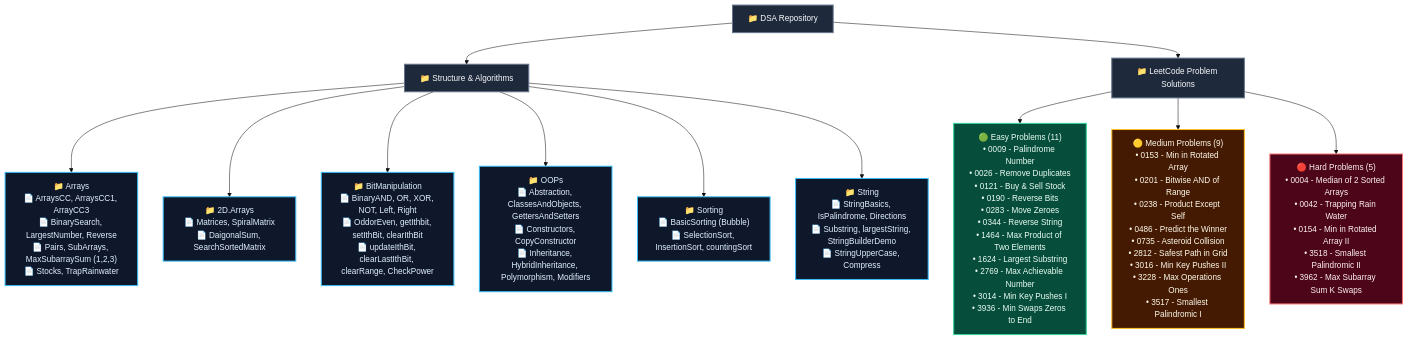
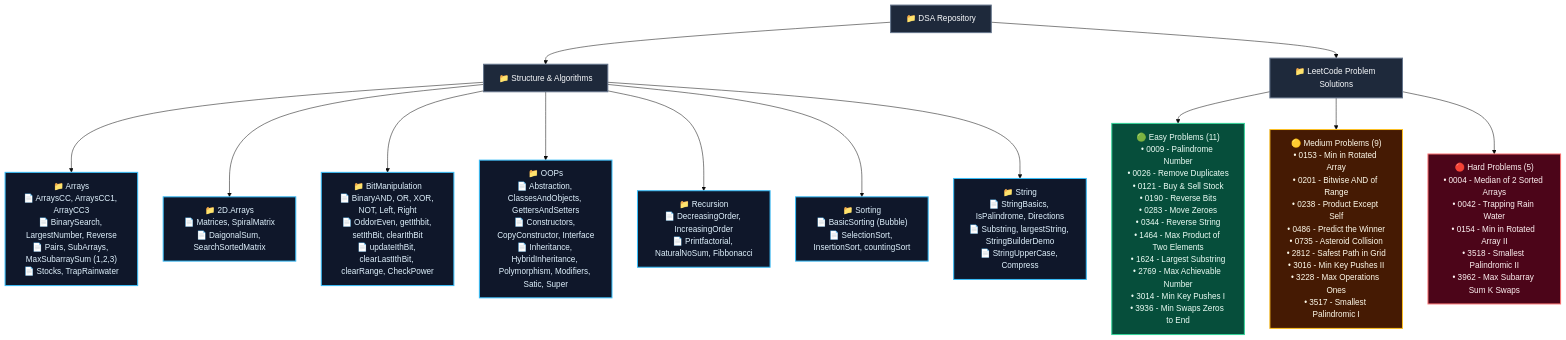
The diagram in README.md (raghuvanshi-sec/DSA), drawn with Mermaid (base theme) before and after one commit. The commit also changed other lines of this file and 4 other files, not shown here.

````diff
--- a/README.md
+++ b/README.md
@@ -161,34 +180,35 @@
 ```mermaid
 flowchart TD
     DSA["📁 DSA Repository"]
     
     %% Categories
     DSA --> Core["📁 Structure & Algorithms"]
     DSA --> LC["📁 LeetCode Problem Solutions"]
     
     %% DSA Breakdown
     Core --> Arrays["📁 Arrays<br/>📄 ArraysCC, ArraysCC1, ArrayCC3<br/>📄 BinarySearch, LargestNumber, Reverse<br/>📄 Pairs, SubArrays, MaxSubarraySum (1,2,3)<br/>📄 Stocks, TrapRainwater"]
     Core --> 2DArrays["📁 2D.Arrays<br/>📄 Matrices, SpiralMatrix<br/>📄 DaigonalSum, SearchSortedMatrix"]
     Core --> Bitwise["📁 BitManipulation<br/>📄 BinaryAND, OR, XOR, NOT, Left, Right<br/>📄 OddorEven, getIthbit, setIthBit, clearIthBit<br/>📄 updateIthBit, clearLastIthBit, clearRange, CheckPower"]
-    Core --> OOPs["📁 OOPs<br/>📄 Abstraction, ClassesAndObjects, GettersAndSetters<br/>📄 Constructors, CopyConstructor<br/>📄 Inheritance, HybridInheritance, Polymorphism, Modifiers"]
+    Core --> OOPs["📁 OOPs<br/>📄 Abstraction, ClassesAndObjects, GettersAndSetters<br/>📄 Constructors, CopyConstructor, Interface<br/>📄 Inheritance, HybridInheritance, Polymorphism, Modifiers, Satic, Super"]
+    Core --> Recursion["📁 Recursion<br/>📄 DecreasingOrder, IncreasingOrder<br/>📄 Printfactorial, NaturalNoSum, Fibbonacci"]
     Core --> Sorting["📁 Sorting<br/>📄 BasicSorting (Bubble)<br/>📄 SelectionSort, InsertionSort, countingSort"]
     Core --> String["📁 String<br/>📄 StringBasics, IsPalindrome, Directions<br/>📄 Substring, largestString, StringBuilderDemo<br/>📄 StringUpperCase, Compress"]
     
     %% LeetCode Breakdown
     LC --> Easy["🟢 Easy Problems (11)<br/>• 0009 - Palindrome Number<br/>• 0026 - Remove Duplicates<br/>• 0121 - Buy & Sell Stock<br/>• 0190 - Reverse Bits<br/>• 0283 - Move Zeroes<br/>• 0344 - Reverse String<br/>• 1464 - Max Product of Two Elements<br/>• 1624 - Largest Substring<br/>• 2769 - Max Achievable Number<br/>• 3014 - Min Key Pushes I<br/>• 3936 - Min Swaps Zeros to End"]
     LC --> Medium["🟡 Medium Problems (9)<br/>• 0153 - Min in Rotated Array<br/>• 0201 - Bitwise AND of Range<br/>• 0238 - Product Except Self<br/>• 0486 - Predict the Winner<br/>• 0735 - Asteroid Collision<br/>• 2812 - Safest Path in Grid<br/>• 3016 - Min Key Pushes II<br/>• 3228 - Max Operations Ones<br/>• 3517 - Smallest Palindromic I"]
     LC --> Hard["🔴 Hard Problems (5)<br/>• 0004 - Median of 2 Sorted Arrays<br/>• 0042 - Trapping Rain Water<br/>• 0154 - Min in Rotated Array II<br/>• 3518 - Smallest Palindromic II<br/>• 3962 - Max Subarray Sum K Swaps"]
 
     %% Styling
     classDef main fill:#1e293b,stroke:#64748b,stroke-width:2px,color:#f8fafc;
     classDef folder fill:#0f172a,stroke:#38bdf8,stroke-width:2px,color:#e0f2fe;
     classDef easy fill:#064e3b,stroke:#34d399,stroke-width:2px,color:#ecfdf5;
     classDef medium fill:#451a03,stroke:#fbbf24,stroke-width:2px,color:#fffbeb;
     classDef hard fill:#4c0519,stroke:#f87171,stroke-width:2px,color:#fef2f2;
     
     class DSA,Core,LC main;
-    class Arrays,2DArrays,Bitwise,OOPs,Sorting,String folder;
+    class Arrays,2DArrays,Bitwise,OOPs,Recursion,Sorting,String folder;
     class Easy easy;
     class Medium medium;
     class Hard hard;
 ```
````
